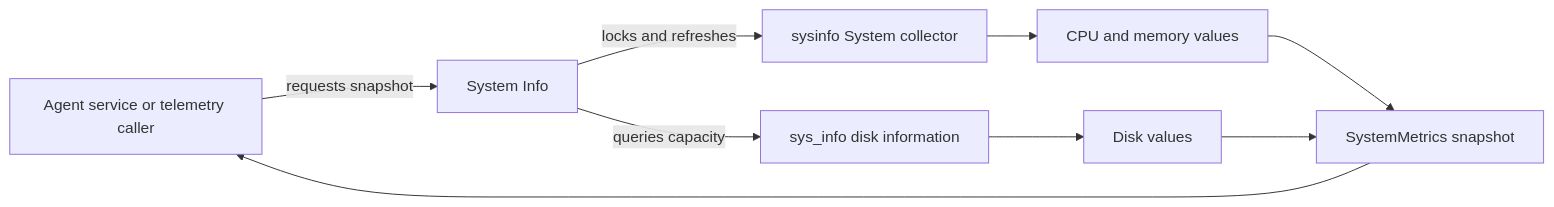
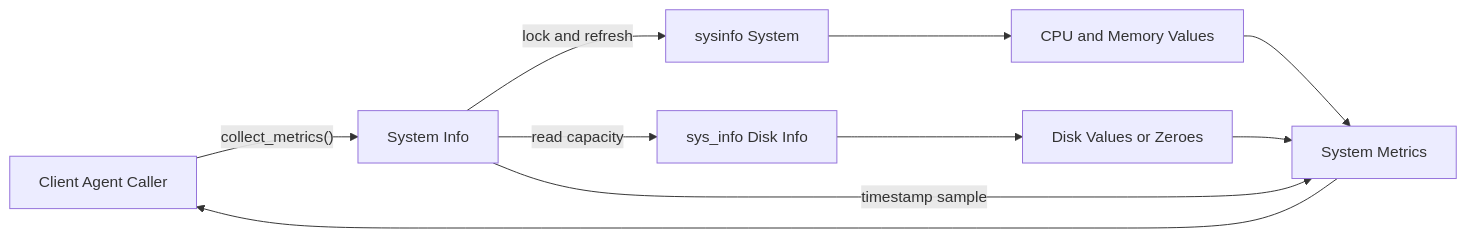
One commit to flamingo-stack/openframe-oss-tenant changed the first of 3 diagrams in docs/reference/architecture/openframe-client-core/system-info/system-info.md. Above: the diagram before and after it, drawn with Mermaid. The commit also changed other lines of this file and 2377 other files, not shown here.

````diff
--- a/docs/reference/architecture/openframe-client-core/system-info/system-info.md
+++ b/docs/reference/architecture/openframe-client-core/system-info/system-info.md
@@ -21,11 +19,12 @@
 ```mermaid
 flowchart LR
-    Caller["Agent service or telemetry caller"] -->|"requests snapshot"| SystemInfo["System Info"]
-    SystemInfo -->|"locks and refreshes"| Sysinfo["sysinfo System collector"]
-    SystemInfo -->|"queries capacity"| DiskInfo["sys_info disk information"]
-    Sysinfo --> CpuMemory["CPU and memory values"]
-    DiskInfo --> DiskValues["Disk values"]
-    CpuMemory --> Metrics["SystemMetrics snapshot"]
+    Caller["Client Agent Caller"] -->|"collect_metrics()"| Collector["System Info"]
+    Collector -->|"lock and refresh"| Sysinfo["sysinfo System"]
+    Collector -->|"read capacity"| DiskInfo["sys_info Disk Info"]
+    Sysinfo --> CpuMemory["CPU and Memory Values"]
+    DiskInfo --> DiskValues["Disk Values or Zeroes"]
+    CpuMemory --> Metrics["System Metrics"]
     DiskValues --> Metrics
+    Collector -->|"timestamp sample"| Metrics
     Metrics --> Caller
 ```
````
